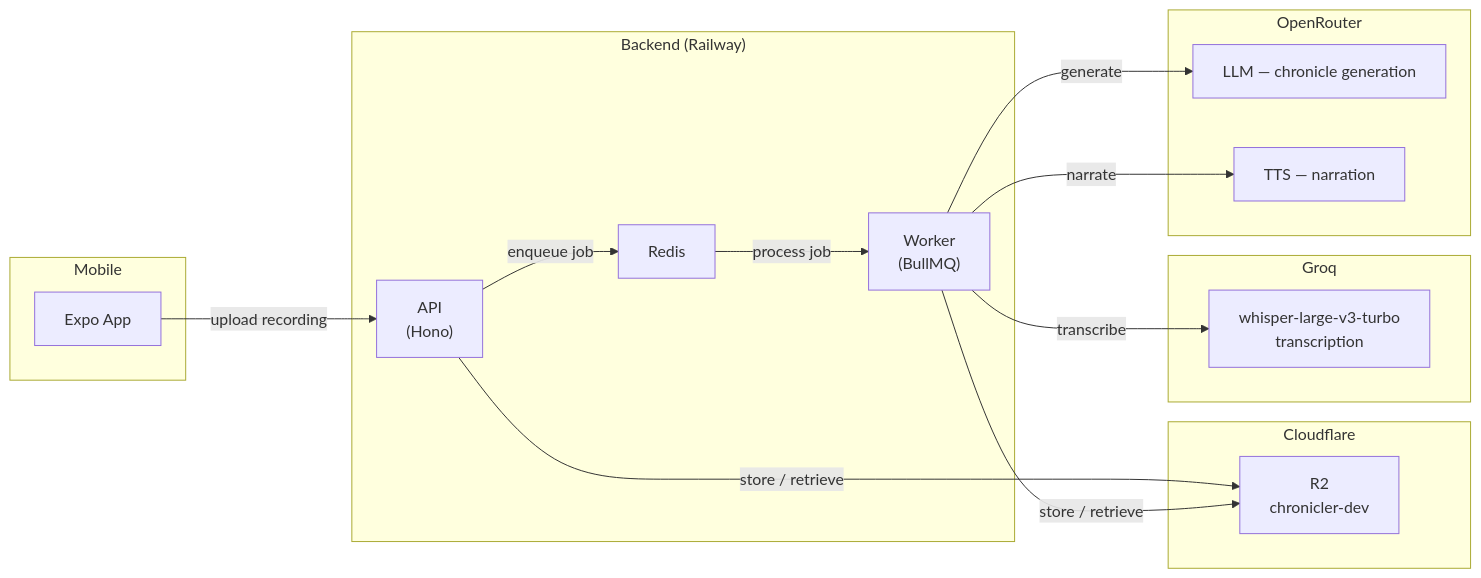
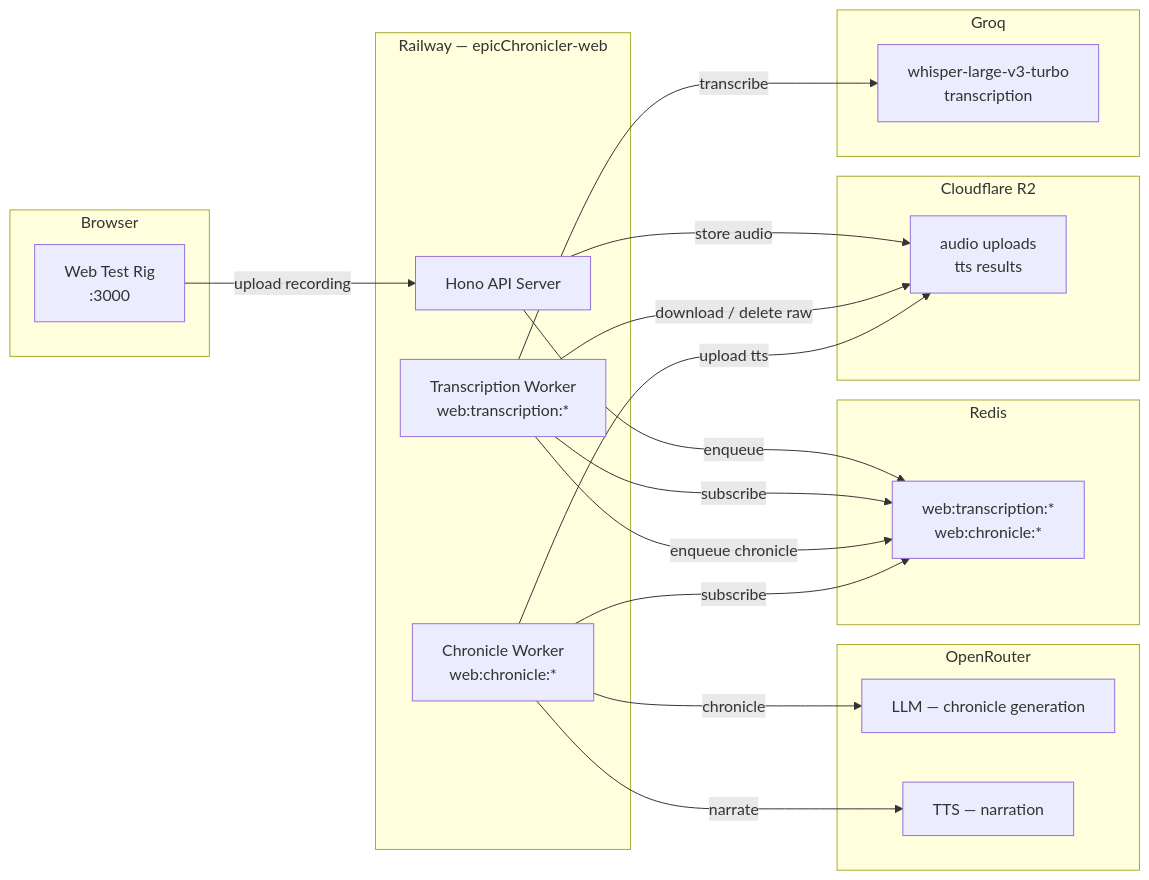
One commit to brunolazarus/epicChronicler changed the second of 2 diagrams in docs/architecture.md. Above: the diagram before and after it, drawn with Mermaid. The commit also changed other lines of this file and 2 other files, not shown here.

````diff
--- a/docs/architecture.md
+++ b/docs/architecture.md
@@ -39,33 +57,41 @@
 ```mermaid
 flowchart LR
-    subgraph mobile["Mobile"]
-        APP["Expo App"]
+    subgraph browser["Browser"]
+        APP["Web Test Rig\n:3000"]
     end
 
-    subgraph backend["Backend (Railway)"]
-        API["API\n(Hono)"]
-        RD["Redis"]
-        WK["Worker\n(BullMQ)"]
+    subgraph railway_api["Railway — epicChronicler-web"]
+        API["Hono API Server"]
+        TWK["Transcription Worker\nweb:transcription:*"]
+        CWK["Chronicle Worker\nweb:chronicle:*"]
     end
 
-    subgraph storage["Cloudflare"]
-        R2["R2\nchronicler-dev"]
+    subgraph cf["Cloudflare R2"]
+        R2["audio uploads\ntts results"]
+    end
+
+    subgraph rd["Redis"]
+        RD["web:transcription:*\nweb:chronicle:*"]
     end
 
     subgraph groq_box["Groq"]
         WH["whisper-large-v3-turbo\ntranscription"]
     end
 
     subgraph or_box["OpenRouter"]
         LLM["LLM  —  chronicle generation"]
         TTS["TTS  —  narration"]
     end
 
     APP -->|"upload recording"| API
-    API -->|"enqueue job"| RD
-    RD -->|"process job"| WK
-    API & WK -->|"store / retrieve"| R2
-    WK -->|"transcribe"| WH
-    WK -->|"generate"| LLM
-    WK -->|"narrate"| TTS
+    API -->|"store audio"| R2
+    API -->|"enqueue"| RD
+    TWK -->|"subscribe"| RD
+    TWK -->|"download / delete raw"| R2
+    TWK -->|"transcribe"| WH
+    TWK -->|"enqueue chronicle"| RD
+    CWK -->|"subscribe"| RD
+    CWK -->|"chronicle"| LLM
+    CWK -->|"narrate"| TTS
+    CWK -->|"upload tts"| R2
 ```
````
